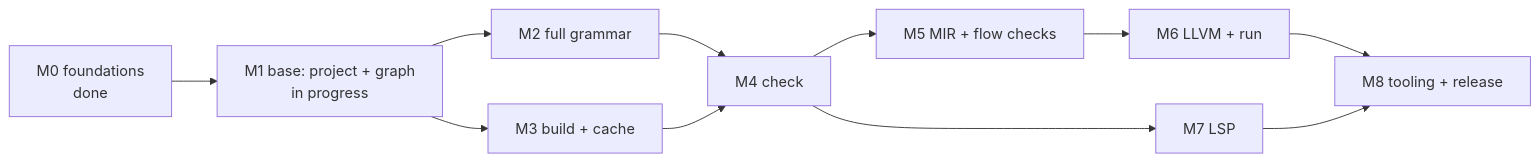
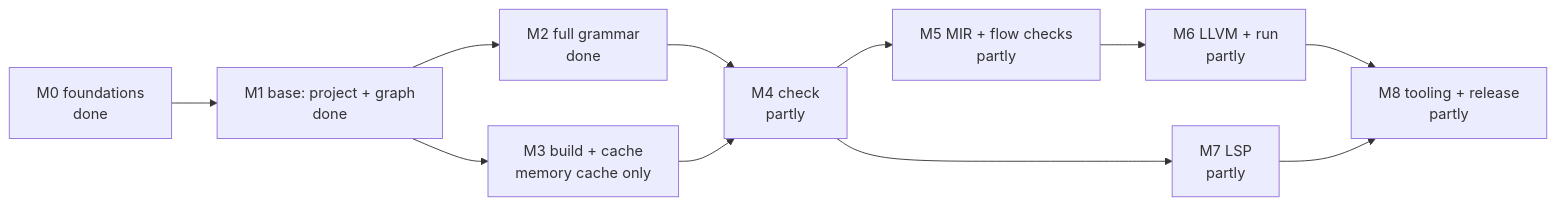
The diagram in docs/roadmap.md (PeeperLanguage/compiler), drawn with Mermaid before and after one commit. The commit also changed other lines of this file and 5 other files, not shown here.

````diff
--- a/docs/roadmap.md
+++ b/docs/roadmap.md
@@ -10,13 +10,13 @@
 ```mermaid
 flowchart LR
-    m0["M0 foundations<br/>done"] --> m1["M1 base: project + graph<br/>in progress"]
-    m1 --> m2["M2 full grammar"]
-    m1 --> m3["M3 build + cache"]
-    m2 --> m4["M4 check"]
+    m0["M0 foundations<br/>done"] --> m1["M1 base: project + graph<br/>done"]
+    m1 --> m2["M2 full grammar<br/>done"]
+    m1 --> m3["M3 build + cache<br/>memory cache only"]
+    m2 --> m4["M4 check<br/>partly"]
     m3 --> m4
-    m4 --> m5["M5 MIR + flow checks"]
-    m5 --> m6["M6 LLVM + run"]
-    m4 --> m7["M7 LSP"]
-    m6 --> m8["M8 tooling + release"]
+    m4 --> m5["M5 MIR + flow checks<br/>partly"]
+    m5 --> m6["M6 LLVM + run<br/>partly"]
+    m4 --> m7["M7 LSP<br/>partly"]
+    m6 --> m8["M8 tooling + release<br/>partly"]
     m7 --> m8
 ```
````
